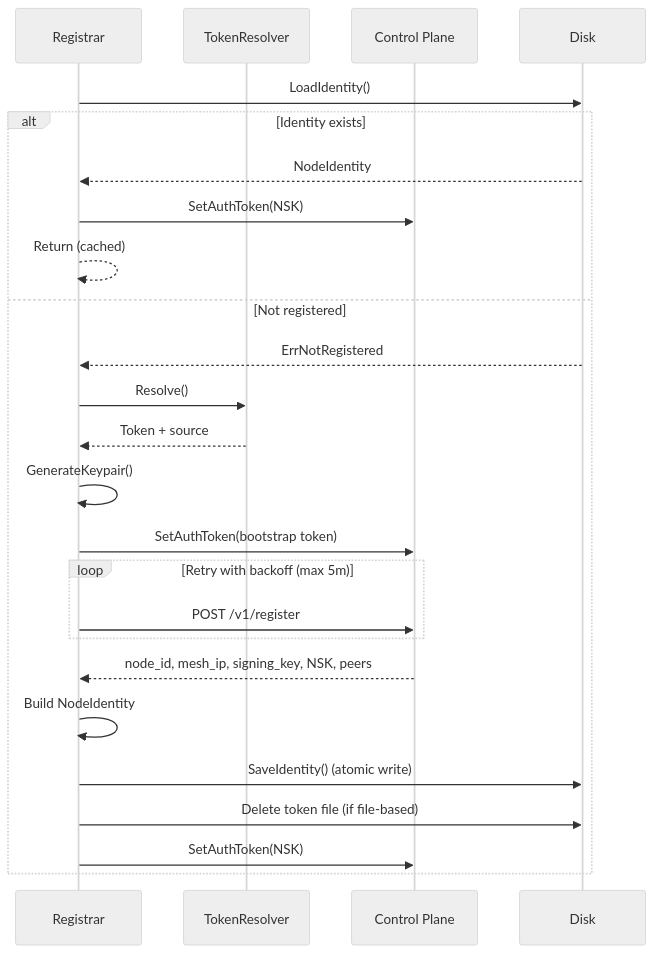
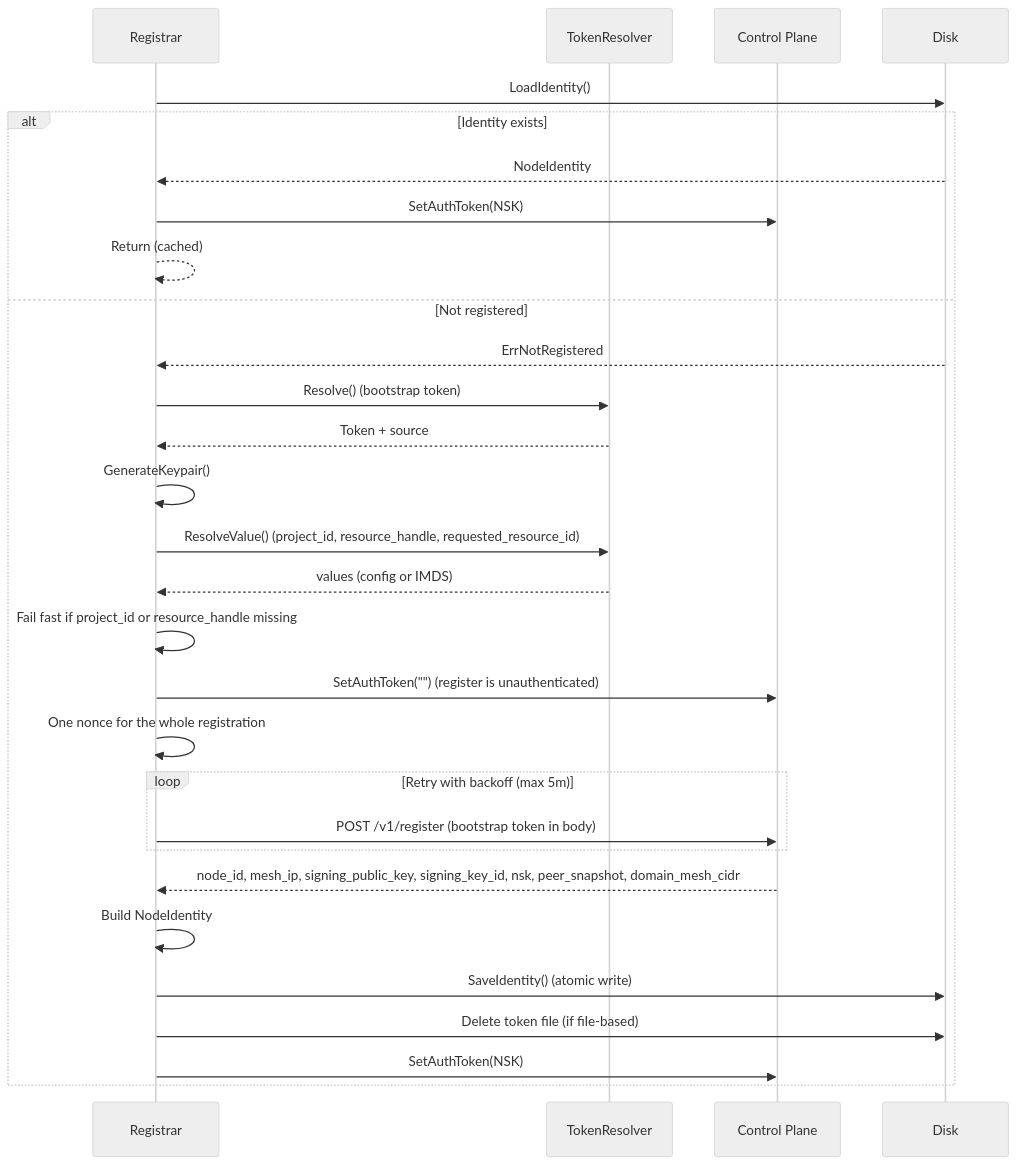
The diagram in docs/reference/core/registration.md (plexsphere/plexd), drawn with Mermaid (neutral theme) before and after one commit. The commit also changed other lines of this file and 7 other files, not shown here.

First line of the commit message:
docs: document the real register contract, config, env, and mock

````diff
--- a/docs/reference/core/registration.md
+++ b/docs/reference/core/registration.md
@@ -184,28 +215,32 @@
 ```mermaid
 sequenceDiagram
     participant R as Registrar
     participant TR as TokenResolver
     participant CP as Control Plane
     participant D as Disk
 
     R->>D: LoadIdentity()
     alt Identity exists
         D-->>R: NodeIdentity
         R->>CP: SetAuthToken(NSK)
         R-->>R: Return (cached)
     else Not registered
         D-->>R: ErrNotRegistered
-        R->>TR: Resolve()
+        R->>TR: Resolve() (bootstrap token)
         TR-->>R: Token + source
         R->>R: GenerateKeypair()
-        R->>CP: SetAuthToken(bootstrap token)
+        R->>TR: ResolveValue() (project_id, resource_handle, requested_resource_id)
+        TR-->>R: values (config or IMDS)
+        R->>R: Fail fast if project_id or resource_handle missing
+        R->>CP: SetAuthToken("") (register is unauthenticated)
+        R->>R: One nonce for the whole registration
         loop Retry with backoff (max 5m)
-            R->>CP: POST /v1/register
+            R->>CP: POST /v1/register (bootstrap token in body)
         end
-        CP-->>R: node_id, mesh_ip, signing_key, NSK, peers
+        CP-->>R: node_id, mesh_ip, signing_public_key, signing_key_id, nsk, peer_snapshot, domain_mesh_cidr
         R->>R: Build NodeIdentity
         R->>D: SaveIdentity() (atomic write)
         R->>D: Delete token file (if file-based)
         R->>CP: SetAuthToken(NSK)
     end
 ```
````
